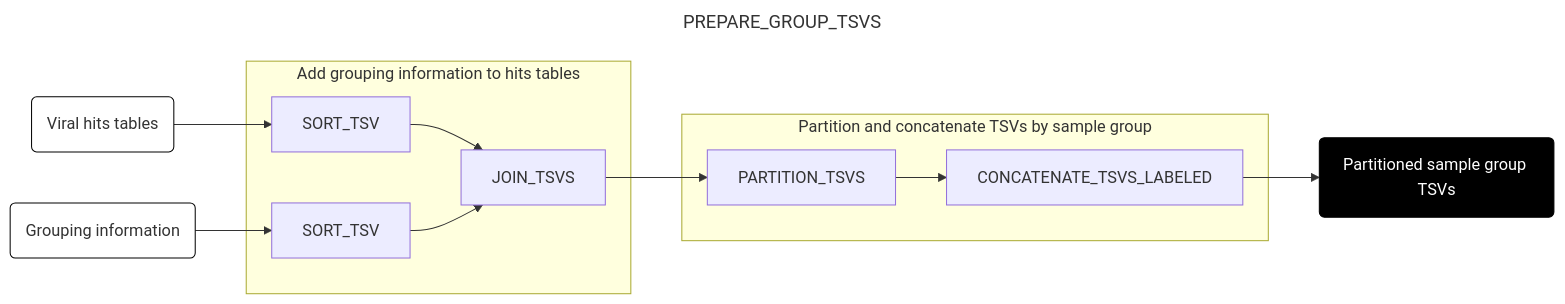
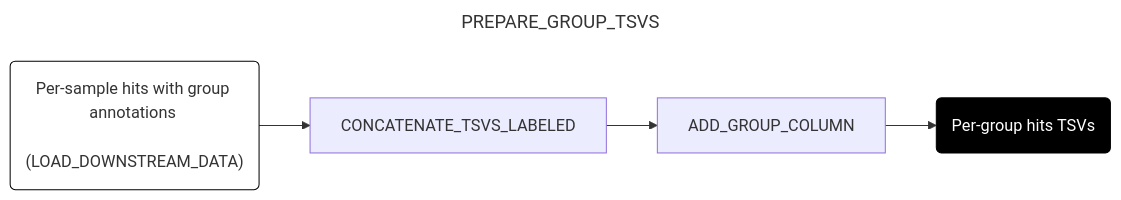
Before and after one commit to securebio/nao-mgs-workflow: the third of 10 diagrams in docs/downstream.md, drawn with Mermaid. The commit also changed other lines of this file and 1 other file, not shown here.

Commit message:
Respond to AI code review

````diff
--- a/docs/downstream.md
+++ b/docs/downstream.md
@@ -92,26 +92,13 @@
 ```mermaid
 ---
 title: PREPARE_GROUP_TSVS
 config:
   layout: horizontal
 ---
 flowchart LR
-A(Viral hits tables) --> B[SORT_TSV]
-C(Grouping information) --> D[SORT_TSV]
-B & D --> E[JOIN_TSVS]
-E --> F[PARTITION_TSVS]
-F --> G[CONCATENATE_TSVS_LABELED]
-G --> H(Partitioned sample group TSVs)
-subgraph X [Add grouping information to hits tables]
-B
-D
-E
-end
-subgraph Y [Partition and concatenate TSVs by sample group]
-F
-G
-end
+A("Per-sample hits with group annotations <br> (LOAD_DOWNSTREAM_DATA)") --> B[CONCATENATE_TSVS_LABELED]
+B --> C[ADD_GROUP_COLUMN]
+C --> D(Per-group hits TSVs)
 style A fill:#fff,stroke:#000
-style C fill:#fff,stroke:#000
-style H fill:#000,color:#fff,stroke:#000
+style D fill:#000,color:#fff,stroke:#000
 ```
````
